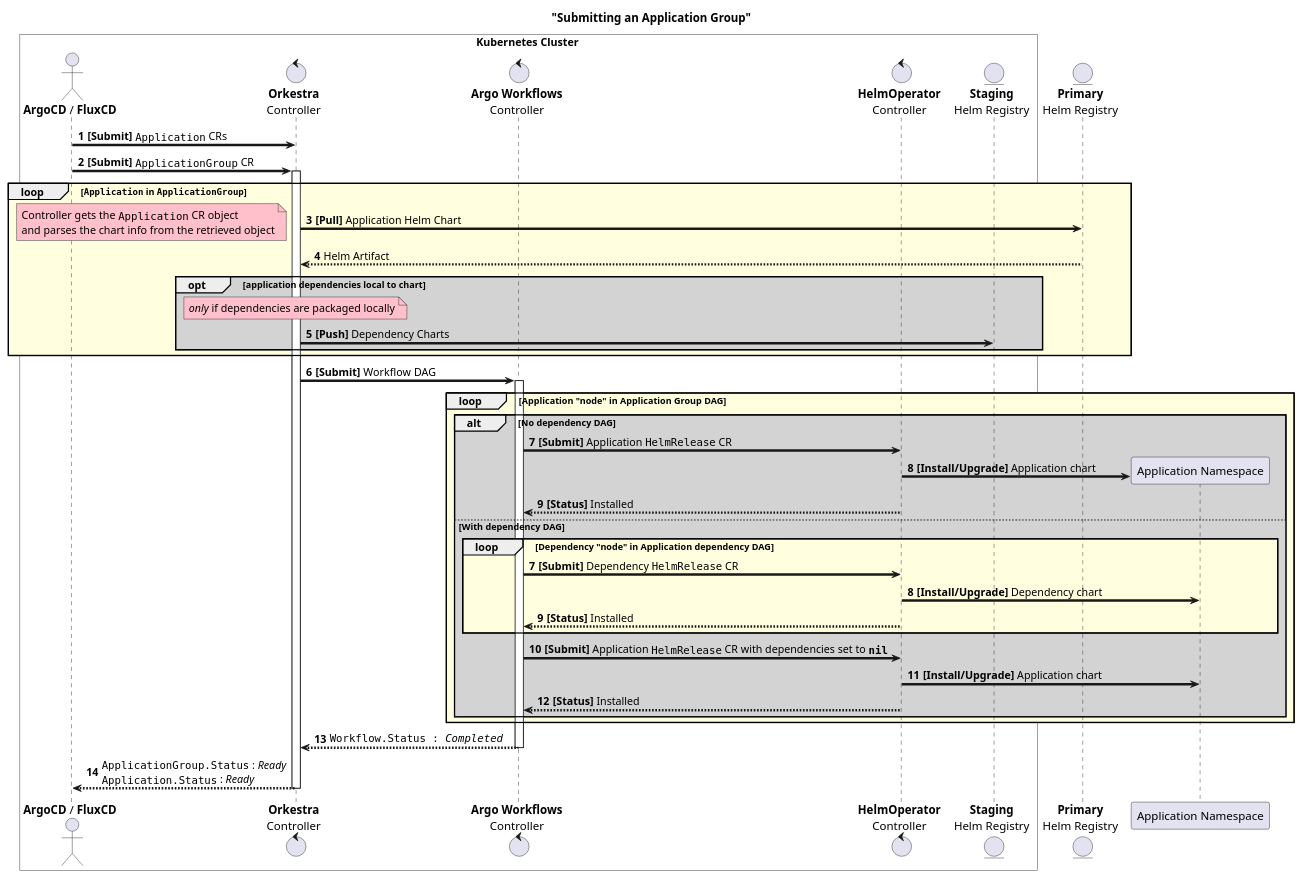
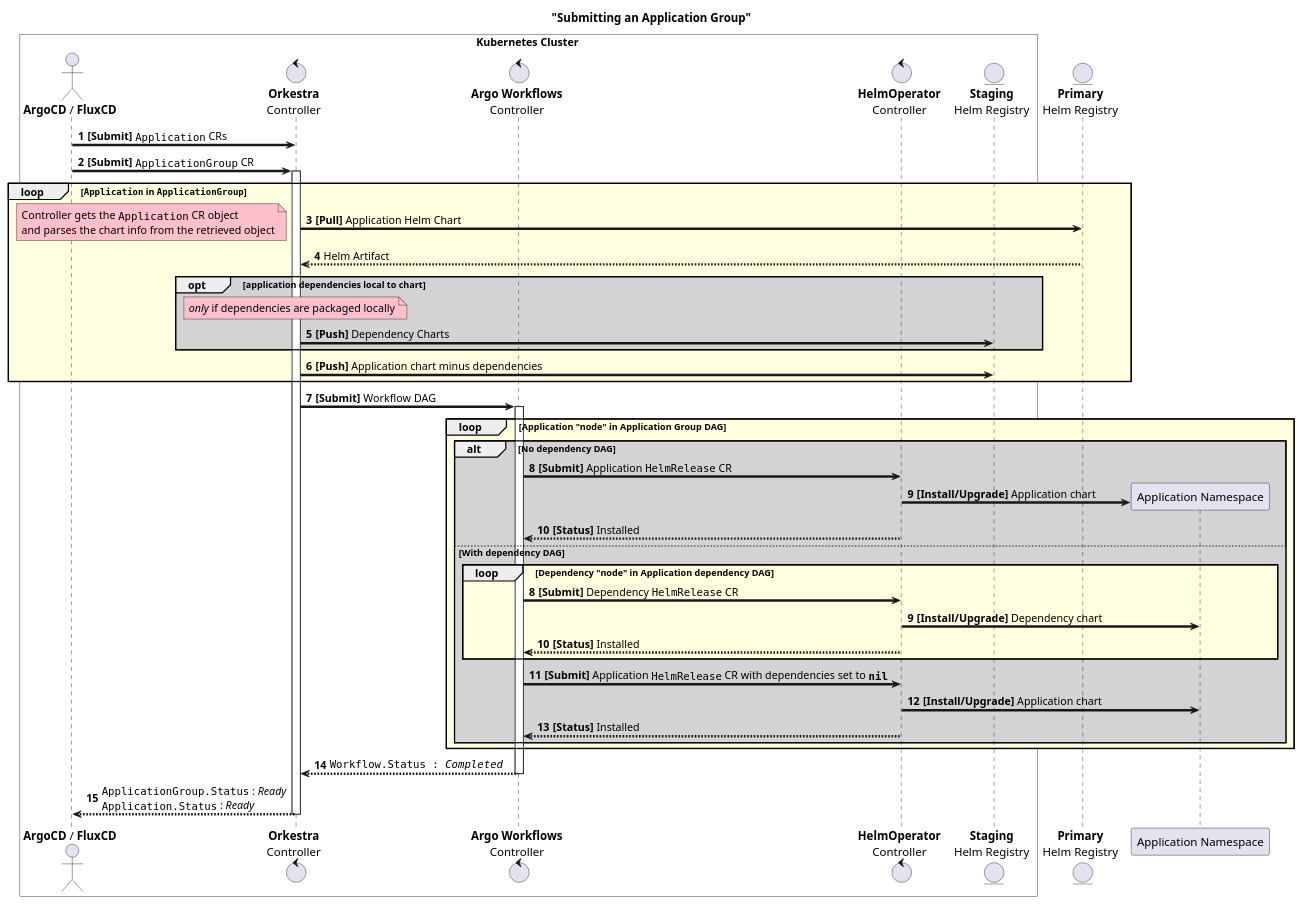
One commit to Azure/orkestra changed the diagram in assets/uml/sequence.puml. Above: the diagram before and after it, drawn with PlantUML. The commit also changed 2 other files, not shown here.

Commit message:
Add missing step 8 to submit sequence

```diff
--- a/assets/uml/sequence.puml
+++ b/assets/uml/sequence.puml
@@ -1,67 +1,68 @@
 @startuml
 
 title ""Submitting an Application Group""
 
 ' skinparams
 skinparam sequenceArrowThickness 3
 
 ' options
 autonumber
 
 ' define all participants
 box Kubernetes Cluster #white
 actor admin as "**ArgoCD** / **FluxCD**"
 control orkestra as "**Orkestra**\nController"
 control argo as "**Argo Workflows**\nController"
 control helmop as "**HelmOperator**\nController"
 entity harbor as "**Staging**\nHelm Registry"
 end box
 
 entity helm as "**Primary**\nHelm Registry"
 
 admin -> orkestra: **[Submit]** ""Application"" CRs
 admin -> orkestra: **[Submit]** ""ApplicationGroup"" CR
 
 activate orkestra
 
 loop #lightyellow ""Application"" in ""ApplicationGroup""
     orkestra -> helm: **[Pull]** Application Helm Chart
     note left #pink
         Controller gets the ""Application"" CR object
         and parses the chart info from the retrieved object
     end note
     helm --> orkestra: Helm Artifact
     opt #lightgrey application dependencies local to chart
         note over orkestra #pink
             //only// if dependencies are packaged locally
         end note
         orkestra -> harbor: **[Push]** Dependency Charts
     end
+    orkestra -> harbor: **[Push]** Application chart minus dependencies
 end
 
 orkestra -> argo: **[Submit]** Workflow DAG
 activate argo
     'Each Application node in ApplicationGroup DAG
     loop #lightyellow Application "node" in Application Group DAG
         alt #lightgrey No dependency DAG
-            autonumber 7
+            autonumber 8
             argo -> helmop:**[Submit]** Application ""HelmRelease"" CR
             helmop -> "Application Namespace" **: **[Install/Upgrade]** Application chart
             helmop --> argo:**[Status]** Installed
         else With dependency DAG
-            autonumber 7
+            autonumber 8
             'Each dependency in Application dependency DAG
             loop #lightyellow Dependency "node" in Application dependency DAG
                 argo -> helmop:**[Submit]** Dependency ""HelmRelease"" CR
                 helmop -> "Application Namespace": **[Install/Upgrade]** Dependency chart
                 helmop --> argo:**[Status]** Installed
             end loop
             argo -> helmop:**[Submit] **Application ""HelmRelease"" CR with dependencies set to ""**nil**""
             helmop -> "Application Namespace": **[Install/Upgrade]** Application chart
             helmop --> argo:**[Status]** Installed
         end
     end loop
 return ""Workflow.Status : //Completed// ""
 return ""ApplicationGroup.Status"" : //Ready//\n""Application.Status"" : //Ready//
 
 @enduml
```
